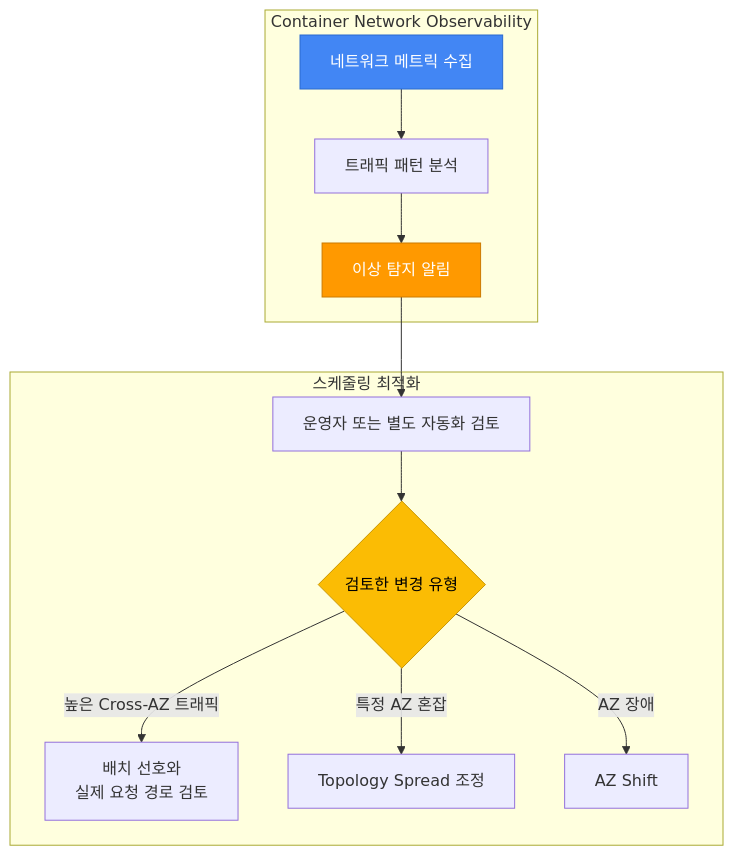
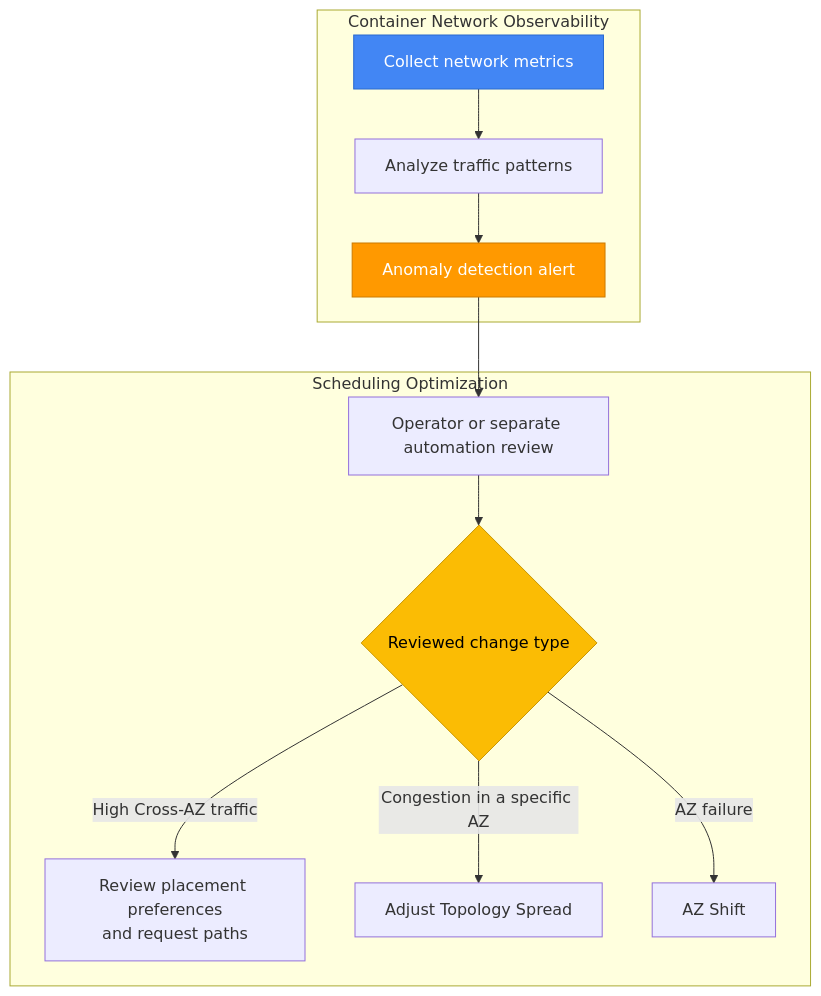
The tenth of 12 diagrams in docs/eks-best-practices/operations-reliability/eks-pod-scheduling-availability.md (devfloor9/engineering-playbook), drawn with Mermaid before and after one commit. The commit also changed other lines of this file and 954 other files, not shown here.

````diff
--- a/docs/eks-best-practices/operations-reliability/eks-pod-scheduling-availability.md
+++ b/docs/eks-best-practices/operations-reliability/eks-pod-scheduling-availability.md
@@ -4735,29 +4742,29 @@
 ```mermaid
 flowchart TB
     subgraph "Container Network Observability"
-        METRICS[네트워크 메트릭 수집]
-        ANALYZE[트래픽 패턴 분석]
-        ALERT[이상 탐지 알림]
+        METRICS[Collect network metrics]
+        ANALYZE[Analyze traffic patterns]
+        ALERT[Anomaly detection alert]
     end
 
-    subgraph "스케줄링 최적화"
-        REVIEW[운영자 또는 별도 자동화 검토]
-        DECISION{검토한 변경 유형}
-        AFFINITY[배치 선호와<br/>실제 요청 경로 검토]
-        SPREAD[Topology Spread 조정]
+    subgraph "Scheduling Optimization"
+        REVIEW[Operator or separate automation review]
+        DECISION{Reviewed change type}
+        AFFINITY[Review placement preferences<br/>and request paths]
+        SPREAD[Adjust Topology Spread]
         SHIFT[AZ Shift]
     end
 
     METRICS --> ANALYZE
     ANALYZE --> ALERT
     ALERT --> REVIEW
     REVIEW --> DECISION
 
-    DECISION -->|높은 Cross-AZ 트래픽| AFFINITY
-    DECISION -->|특정 AZ 혼잡| SPREAD
-    DECISION -->|AZ 장애| SHIFT
+    DECISION -->|High Cross-AZ traffic| AFFINITY
+    DECISION -->|Congestion in a specific AZ| SPREAD
+    DECISION -->|AZ failure| SHIFT
 
     style METRICS fill:#4286f4,stroke:#2a6acf,color:#fff
     style ALERT fill:#ff9900,stroke:#cc7a00,color:#fff
     style DECISION fill:#fbbc04,stroke:#c99603,color:#000
 ```
````
